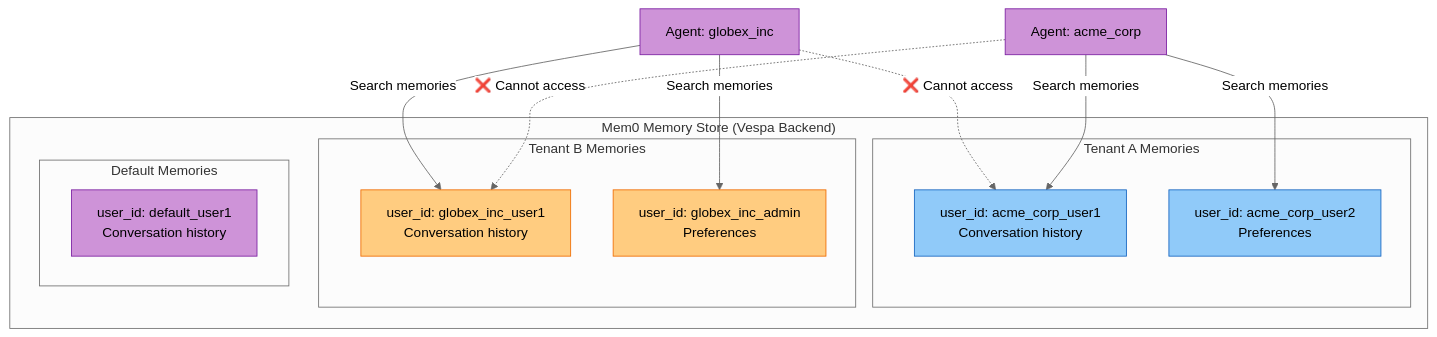
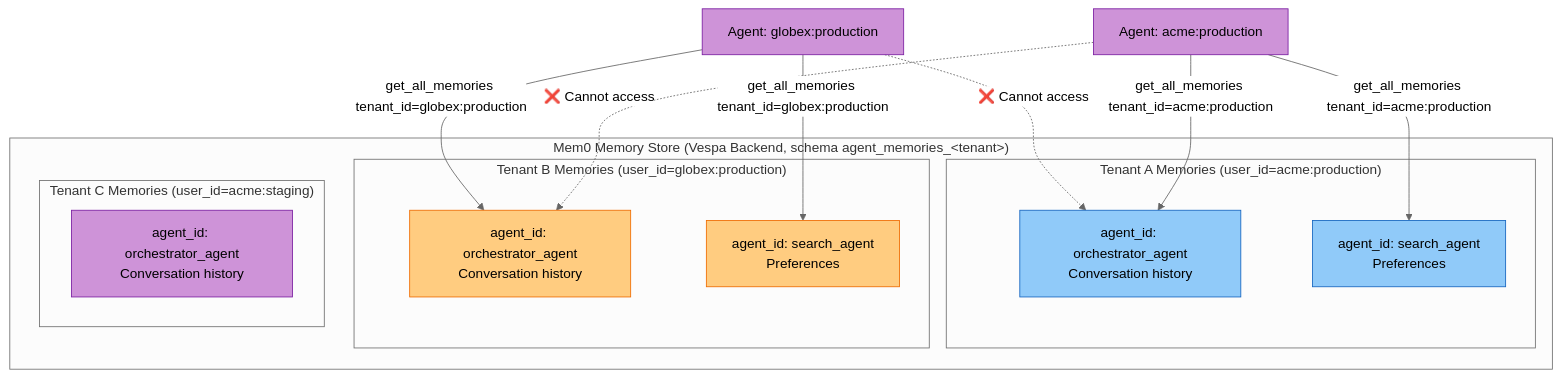
Before and after one commit to amit-jain/cogniverse: diagram 13 of 21 in docs/diagrams/multi-tenant-diagrams.md, drawn with Mermaid (neutral theme). The commit also changed other lines of this file and 50 other files, not shown here.

First line of the commit message:
Complete and verify docs against code with mermaid palette

````diff
--- a/docs/diagrams/multi-tenant-diagrams.md
+++ b/docs/diagrams/multi-tenant-diagrams.md
@@ -560,34 +576,34 @@
 ```mermaid
 flowchart TB
-    subgraph "Mem0 Memory Store (Vespa Backend)"
-        subgraph "Tenant A Memories"
-            MemA1["<span style='color:#000'>user_id: acme_corp_user1<br/>Conversation history</span>"]
-            MemA2["<span style='color:#000'>user_id: acme_corp_user2<br/>Preferences</span>"]
+    subgraph "Mem0 Memory Store (Vespa Backend, schema agent_memories_&lt;tenant&gt;)"
+        subgraph "Tenant A Memories (user_id=acme:production)"
+            MemA1["<span style='color:#000'>agent_id: orchestrator_agent<br/>Conversation history</span>"]
+            MemA2["<span style='color:#000'>agent_id: search_agent<br/>Preferences</span>"]
         end
 
-        subgraph "Tenant B Memories"
-            MemB1["<span style='color:#000'>user_id: globex_inc_user1<br/>Conversation history</span>"]
-            MemB2["<span style='color:#000'>user_id: globex_inc_admin<br/>Preferences</span>"]
+        subgraph "Tenant B Memories (user_id=globex:production)"
+            MemB1["<span style='color:#000'>agent_id: orchestrator_agent<br/>Conversation history</span>"]
+            MemB2["<span style='color:#000'>agent_id: search_agent<br/>Preferences</span>"]
         end
 
-        subgraph "Default Memories"
-            MemC1["<span style='color:#000'>user_id: default_user1<br/>Conversation history</span>"]
+        subgraph "Tenant C Memories (user_id=acme:staging)"
+            MemC1["<span style='color:#000'>agent_id: orchestrator_agent<br/>Conversation history</span>"]
         end
     end
 
-    AgentA["<span style='color:#000'>Agent: acme_corp</span>"] -->|Search memories| MemA1
-    AgentA -->|Search memories| MemA2
+    AgentA["<span style='color:#000'>Agent: acme:production</span>"] -->|get_all_memories tenant_id=acme:production| MemA1
+    AgentA -->|get_all_memories tenant_id=acme:production| MemA2
     AgentA -.->|❌ Cannot access| MemB1
 
-    AgentB["<span style='color:#000'>Agent: globex_inc</span>"] -->|Search memories| MemB1
-    AgentB -->|Search memories| MemB2
+    AgentB["<span style='color:#000'>Agent: globex:production</span>"] -->|get_all_memories tenant_id=globex:production| MemB1
+    AgentB -->|get_all_memories tenant_id=globex:production| MemB2
     AgentB -.->|❌ Cannot access| MemA1
 
     style AgentA fill:#ce93d8,stroke:#7b1fa2,color:#000
     style AgentB fill:#ce93d8,stroke:#7b1fa2,color:#000
     style MemA1 fill:#90caf9,stroke:#1565c0,color:#000
     style MemA2 fill:#90caf9,stroke:#1565c0,color:#000
     style MemB1 fill:#ffcc80,stroke:#ef6c00,color:#000
     style MemB2 fill:#ffcc80,stroke:#ef6c00,color:#000
     style MemC1 fill:#ce93d8,stroke:#7b1fa2,color:#000
 ```
````
